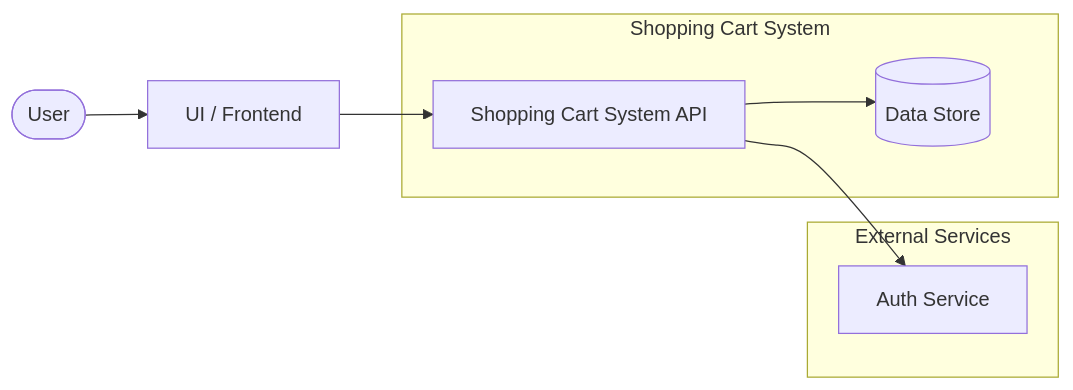
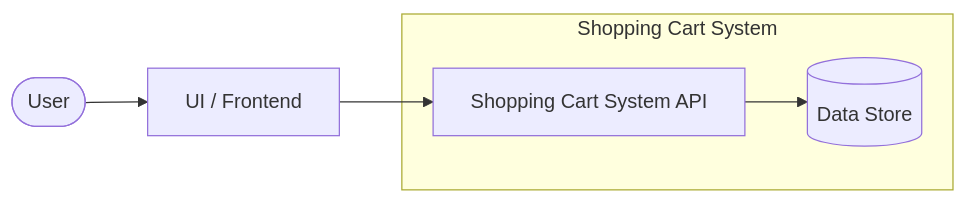
Before and after one commit to sumncc/CopilotDemo: the second of 2 diagrams in doc/lld/shopping-cart-system-lld.md, drawn with Mermaid. The commit also changed other lines of this file, not shown here.

````diff
--- a/doc/lld/shopping-cart-system-lld.md
+++ b/doc/lld/shopping-cart-system-lld.md
@@ -40,18 +37,12 @@
 ```mermaid
 flowchart LR
 
   subgraph System["Shopping Cart System"]
     ShoppingcartsystemAPI[Shopping Cart System API]
     DB[(Data Store)]
   end
 
   User([User]) --> UI[UI / Frontend]
   UI --> ShoppingcartsystemAPI
   ShoppingcartsystemAPI --> DB
-
-  subgraph Ext["External Services"]
-    AuthSvc[Auth Service]
-  end
-
-  ShoppingcartsystemAPI --> AuthSvc
 ```
````
